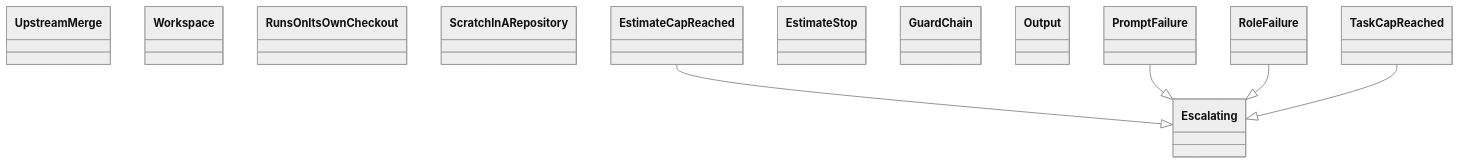
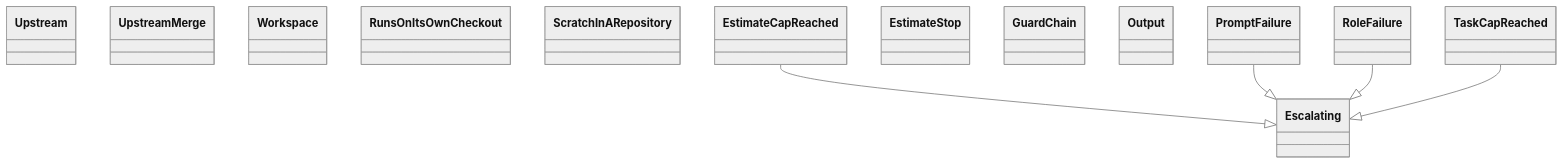
Before and after one commit to GonzaloZevallos/agentic-system: the diagram in docs/architecture/generated/classes-process-application-support-6.md, drawn with Mermaid (neutral theme). The commit also changed other lines of this file and 16 other files, not shown here.

````diff
--- a/docs/architecture/generated/classes-process-application-support-6.md
+++ b/docs/architecture/generated/classes-process-application-support-6.md
@@ -16,19 +16,20 @@
 ```mermaid
 classDiagram
+    class ports__Upstream["Upstream"]
     class ports__UpstreamMerge["UpstreamMerge"]
     class ports__Workspace["Workspace"]
     class preflight__RunsOnItsOwnCheckout["RunsOnItsOwnCheckout"]
     class preflight__ScratchInARepository["ScratchInARepository"]
     class run_role__Escalating["Escalating"]
     class run_role__EstimateCapReached["EstimateCapReached"]
     class run_role__EstimateStop["EstimateStop"]
     class run_role__GuardChain["GuardChain"]
     class run_role__Output["Output"]
     class run_role__PromptFailure["PromptFailure"]
     class run_role__RoleFailure["RoleFailure"]
     class run_role__TaskCapReached["TaskCapReached"]
     run_role__EstimateCapReached --|> run_role__Escalating
     run_role__PromptFailure --|> run_role__Escalating
     run_role__RoleFailure --|> run_role__Escalating
     run_role__TaskCapReached --|> run_role__Escalating
 ```
````
